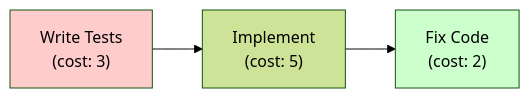
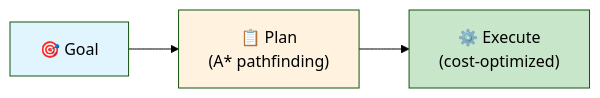
One commit to Algiras/vs-zinios-conference-2025-11-18 changed the sixth of 13 diagrams in slides/presentation.md. Above: the diagram before and after it, drawn with Mermaid (forest theme). The commit also changed other lines of this file and 1 other file, not shown here.

````diff
--- a/slides/presentation.md
+++ b/slides/presentation.md
@@ -591,7 +621,8 @@
 ```mermaid
 graph LR
-    S["Write Tests<br/>(cost: 3)"] --> A["Implement<br/>(cost: 5)"]
-    A --> F["Fix Code<br/>(cost: 2)"]
-    style S fill:#ffcccc
-    style F fill:#ccffcc
+    GOAL["🎯 Goal"] --> PLAN["📋 Plan<br/>(A* pathfinding)"]
+    PLAN --> EXEC["⚙️ Execute<br/>(cost-optimized)"]
+    style GOAL fill:#e1f5ff
+    style PLAN fill:#fff3e0
+    style EXEC fill:#c8e6c9
 ```
````
